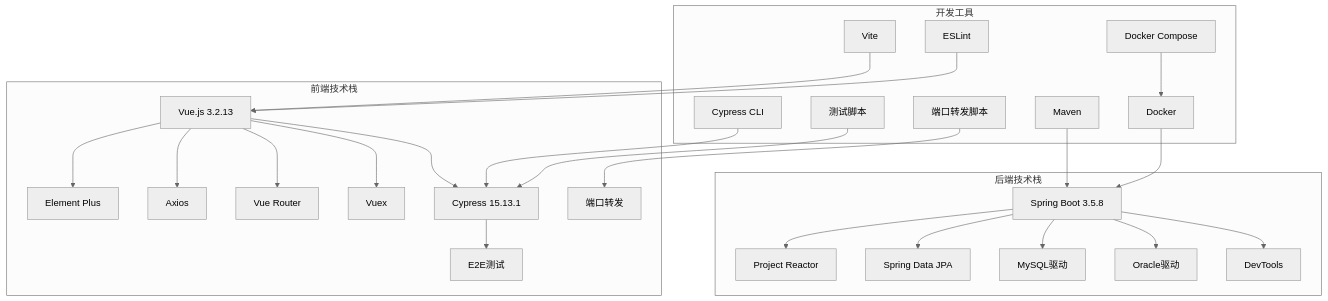
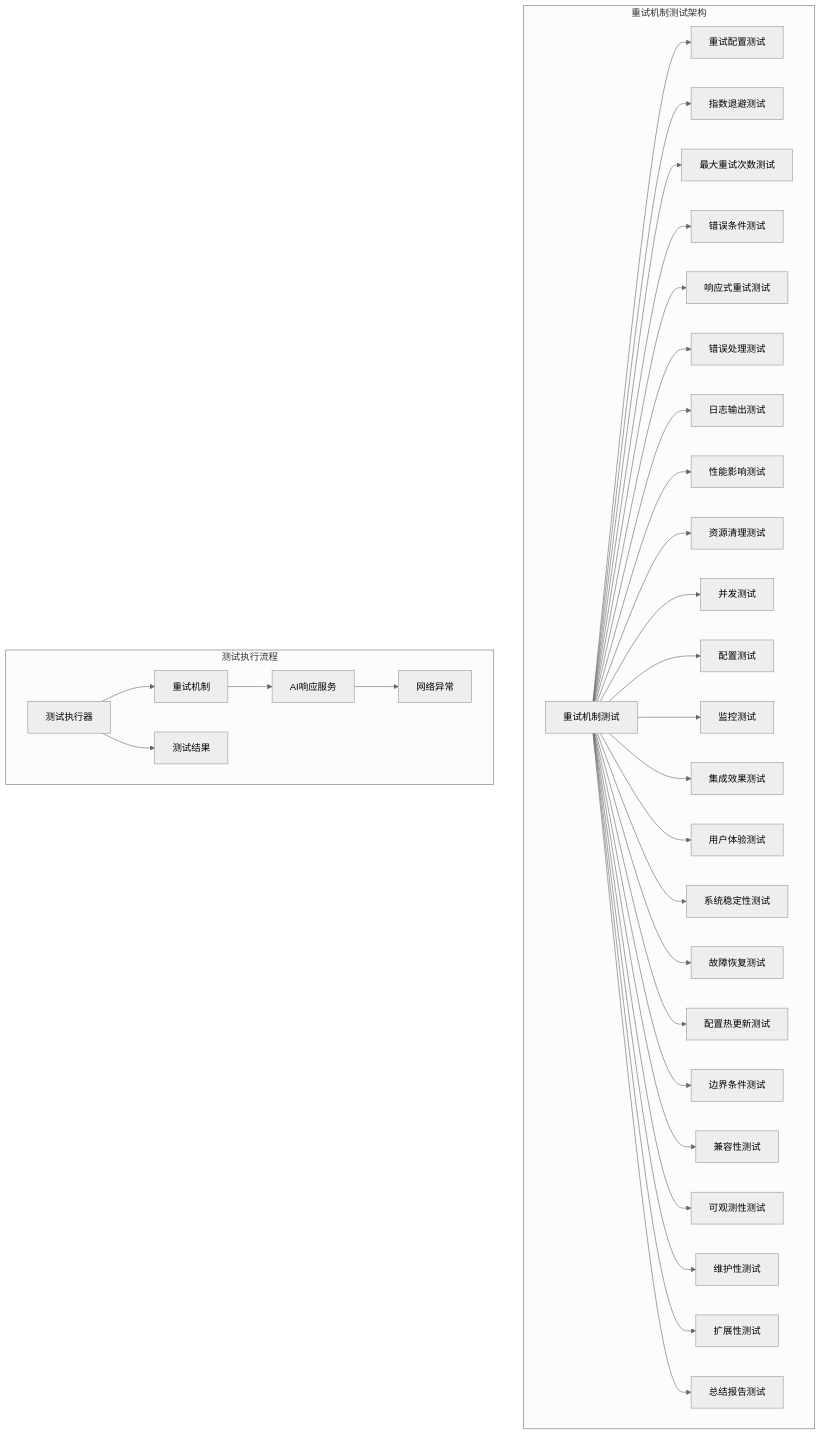
Before and after one commit to liuzh2008/med_ai_assistant_workspace: diagram 31 of 43 in .qoder/repowiki/zh/content/Development Environment Features/Development Environment Features.md, drawn with Mermaid (neutral theme). The commit also changed other lines of this file and 6 other files, not shown here.

````diff
--- a/.qoder/repowiki/zh/content/Development Environment Features/Development Environment Features.md
+++ b/.qoder/repowiki/zh/content/Development Environment Features/Development Environment Features.md
@@ -797,50 +1622,63 @@
 ```mermaid
 graph TB
-subgraph "前端技术栈"
-VUE[Vue.js 3.2.13]
-ELEMENT[Element Plus]
-AXIOS[Axios]
-ROUTER[Vue Router]
-STORE[Vuex]
-CYPRESS[Cypress 15.13.1]
-END_TO_END[E2E测试]
-PORT_FORWARD[端口转发]
+subgraph "重试机制测试架构"
+RETRY_TESTS[重试机制测试]
+RETRY_CONFIG_TESTS[重试配置测试]
+EXPONENTIAL_BACKOFF_TESTS[指数退避测试]
+MAX_RETRY_TESTS[最大重试次数测试]
+ERROR_CONDITION_TESTS[错误条件测试]
+RESPONSE_RETRY_TESTS[响应式重试测试]
+ERROR_HANDLING_TESTS[错误处理测试]
+LOG_OUTPUT_TESTS[日志输出测试]
+PERFORMANCE_IMPACT_TESTS[性能影响测试]
+RESOURCE_CLEANUP_TESTS[资源清理测试]
+CONCURRENT_TESTS[并发测试]
+CONFIG_TESTS[配置测试]
+MONITORING_TESTS[监控测试]
+INTEGRATION_EFFECT_TESTS[集成效果测试]
+USER_EXPERIENCE_TESTS[用户体验测试]
+SYSTEM_STABILITY_TESTS[系统稳定性测试]
+FAULT_RECOVERY_TESTS[故障恢复测试]
+CONFIG_HOT_UPDATE_TESTS[配置热更新测试]
+BOUNDARY_CONDITION_TESTS[边界条件测试]
+COMPATIBILITY_TESTS[兼容性测试]
+OBSERVABILITY_TESTS[可观测性测试]
+MAINTAINABILITY_TESTS[维护性测试]
+EXTENSIBILITY_TESTS[扩展性测试]
+SUMMARY_REPORT_TESTS[总结报告测试]
 end
-subgraph "后端技术栈"
-SPRING[Spring Boot 3.5.8]
-REACTOR[Project Reactor]
-JPA[Spring Data JPA]
-MYSQL[MySQL驱动]
-ORACLE[Oracle驱动]
-DEVTOOLS[DevTools]
+subgraph "测试执行流程"
+TEST_EXECUTOR[测试执行器]
+RETRY_MECHANISM[重试机制]
+AI_SERVICE[AI响应服务]
+NETWORK_EXCEPTION[网络异常]
+TEST_RESULT[测试结果]
 end
-subgraph "开发工具"
-MAVEN[Maven]
-DOCKER[Docker]
-COMPOSE[Docker Compose]
-VITE[Vite]
-ESLINT[ESLint]
-CYPRESS_CLI[Cypress CLI]
-TEST_SCRIPTS[测试脚本]
-PORT_SCRIPT[端口转发脚本]
-end
-VUE --> ELEMENT
-VUE --> AXIOS
-VUE --> ROUTER
-VUE --> STORE
-VUE --> CYPRESS
-CYPRESS --> END_TO_END
-SPRING --> REACTOR
-SPRING --> JPA
-SPRING --> MYSQL
-SPRING --> ORACLE
-SPRING --> DEVTOOLS
-MAVEN --> SPRING
-DOCKER --> SPRING
-COMPOSE --> DOCKER
-VITE --> VUE
-ESLINT --> VUE
-CYPRESS_CLI --> CYPRESS
-TEST_SCRIPTS --> CYPRESS
-PORT_SCRIPT --> PORT_FORWARD
+RETRY_TESTS --> RETRY_CONFIG_TESTS
+RETRY_TESTS --> EXPONENTIAL_BACKOFF_TESTS
+RETRY_TESTS --> MAX_RETRY_TESTS
+RETRY_TESTS --> ERROR_CONDITION_TESTS
+RETRY_TESTS --> RESPONSE_RETRY_TESTS
+RETRY_TESTS --> ERROR_HANDLING_TESTS
+RETRY_TESTS --> LOG_OUTPUT_TESTS
+RETRY_TESTS --> PERFORMANCE_IMPACT_TESTS
+RETRY_TESTS --> RESOURCE_CLEANUP_TESTS
+RETRY_TESTS --> CONCURRENT_TESTS
+RETRY_TESTS --> CONFIG_TESTS
+RETRY_TESTS --> MONITORING_TESTS
+RETRY_TESTS --> INTEGRATION_EFFECT_TESTS
+RETRY_TESTS --> USER_EXPERIENCE_TESTS
+RETRY_TESTS --> SYSTEM_STABILITY_TESTS
+RETRY_TESTS --> FAULT_RECOVERY_TESTS
+RETRY_TESTS --> CONFIG_HOT_UPDATE_TESTS
+RETRY_TESTS --> BOUNDARY_CONDITION_TESTS
+RETRY_TESTS --> COMPATIBILITY_TESTS
+RETRY_TESTS --> OBSERVABILITY_TESTS
+RETRY_TESTS --> MAINTAINABILITY_TESTS
+RETRY_TESTS --> EXTENSIBILITY_TESTS
+RETRY_TESTS --> SUMMARY_REPORT_TESTS
+TEST_EXECUTOR --> RETRY_MECHANISM
+RETRY_MECHANISM --> AI_SERVICE
+AI_SERVICE --> NETWORK_EXCEPTION
+TEST_EXECUTOR --> TEST_RESULT
 ```
````
